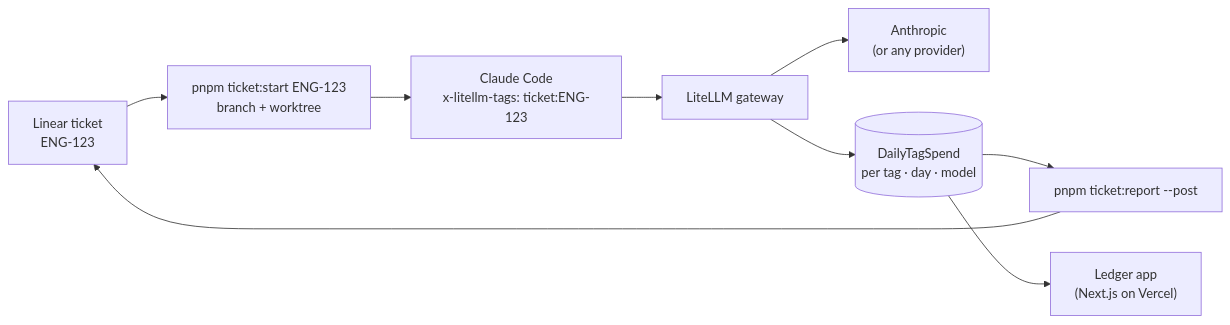
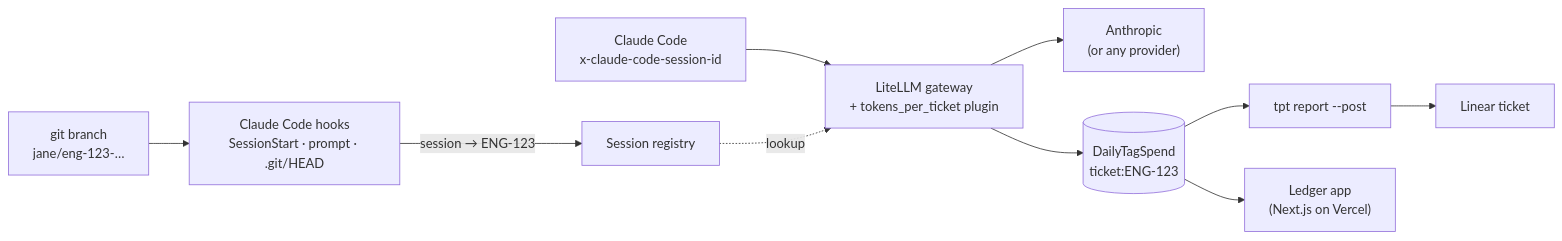
The diagram in README.md (mostafa-drz/tokens-per-ticket), drawn with Mermaid before and after one commit. The commit also changed other lines of this file and 1 other file, not shown here.

First line of the commit message:
docs: automatic attribution first, one init per repo

````diff
--- a/README.md
+++ b/README.md
@@ -48,11 +50,12 @@
 ```mermaid
 flowchart LR
-  T["Linear ticket<br/>ENG-123"] --> S["pnpm ticket:start ENG-123<br/>branch + worktree"]
-  S --> C["Claude Code<br/>x-litellm-tags: ticket:ENG-123"]
-  C --> G["LiteLLM gateway"]
+  B["git branch<br/>jane/eng-123-…"] --> H["Claude Code hooks<br/>SessionStart · prompt · .git/HEAD"]
+  H -->|"session → ENG-123"| RG["Session registry"]
+  C["Claude Code<br/>x-claude-code-session-id"] --> G["LiteLLM gateway<br/>+ tokens_per_ticket plugin"]
+  RG -.->|"lookup"| G
   G --> P["Anthropic<br/>(or any provider)"]
-  G --> D[("DailyTagSpend<br/>per tag · day · model")]
-  D --> R["pnpm ticket:report --post"]
+  G --> D[("DailyTagSpend<br/>ticket:ENG-123")]
+  D --> R["tpt report --post"]
   D --> L["Ledger app<br/>(Next.js on Vercel)"]
-  R --> T
+  R --> T["Linear ticket"]
 ```
````
